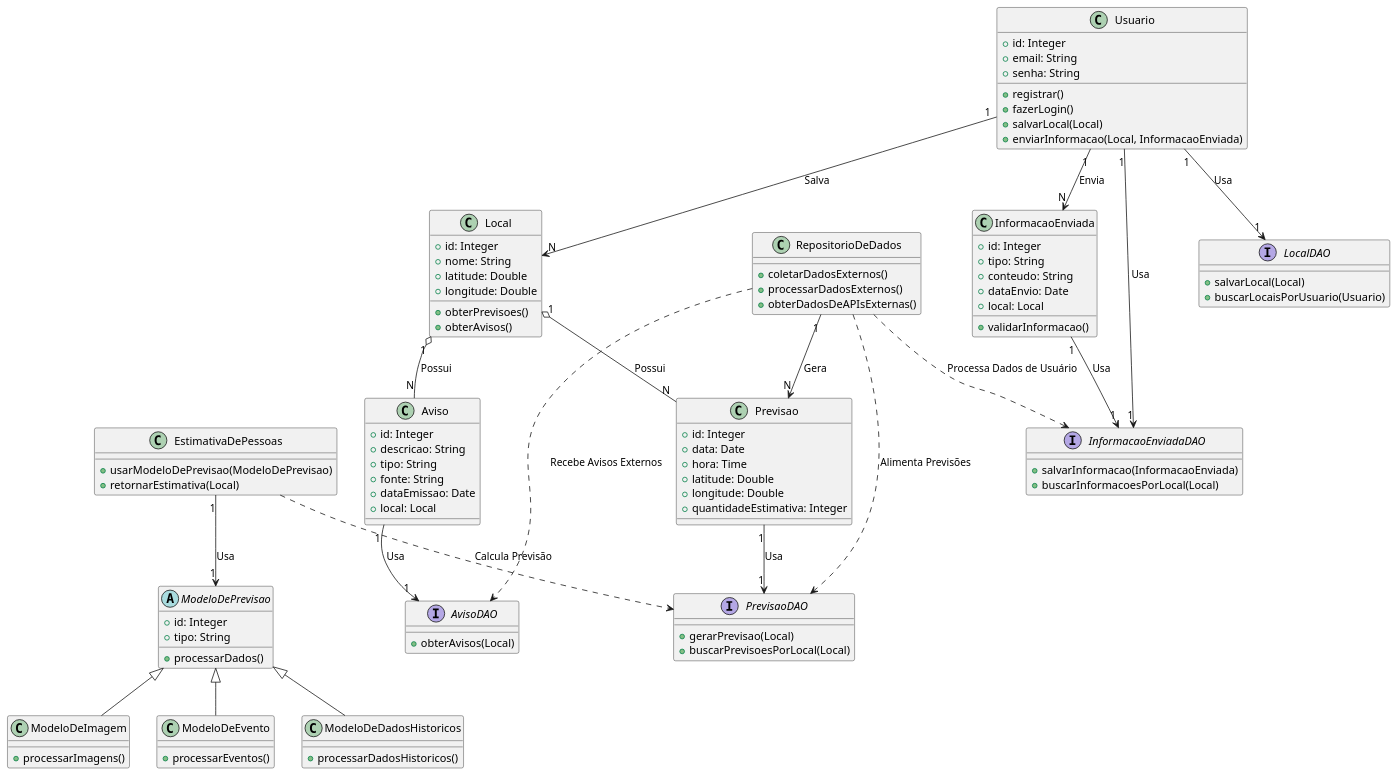
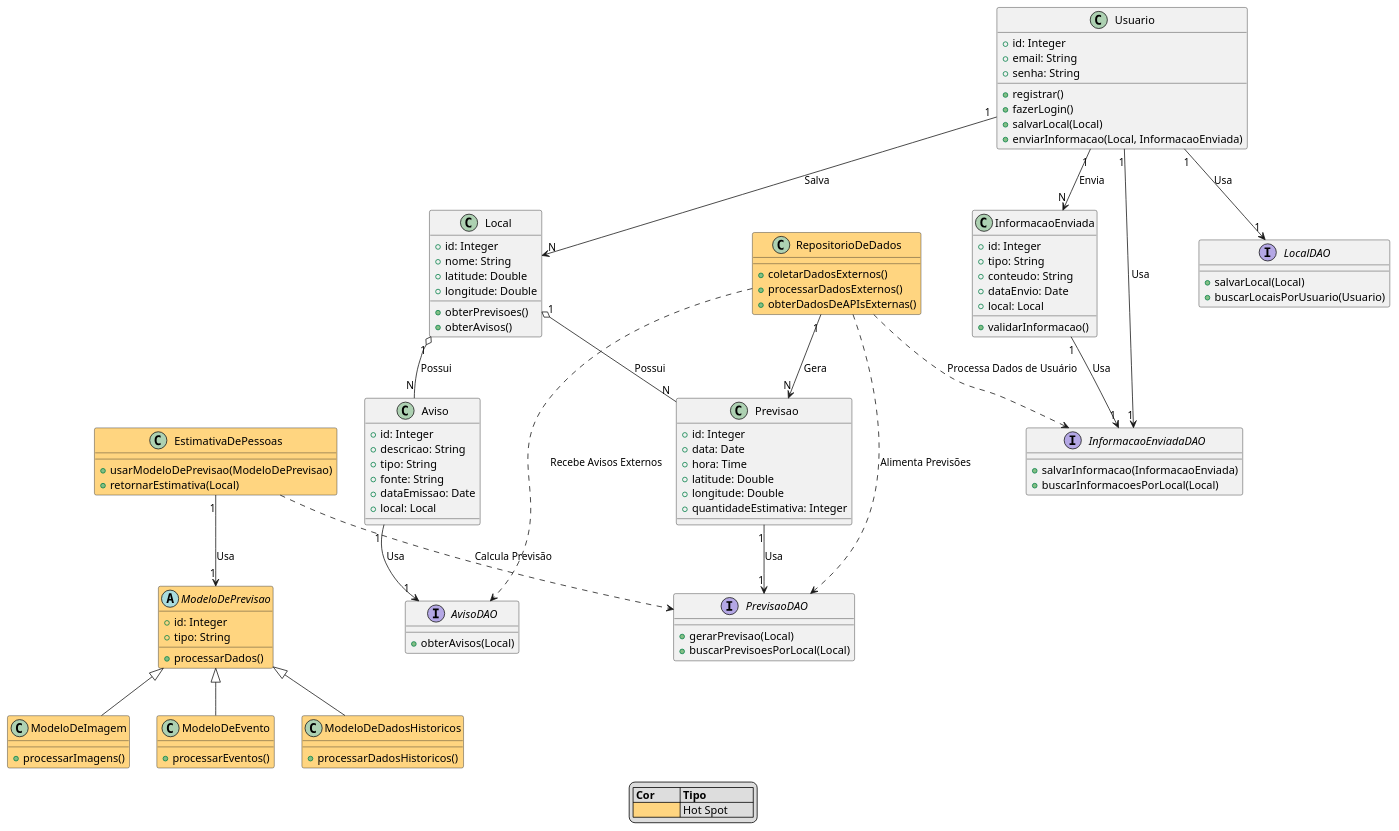
One commit to rodrigomotta1/inf2125 changed the diagram in uml_cd.puml. Above: the diagram before and after it, drawn with PlantUML. The commit also changed 1 other file, not shown here.

```diff
--- a/uml_cd.puml
+++ b/uml_cd.puml
@@ -1,122 +1,128 @@
 @startuml
+skinparam classFontColor automatic
+
+' Legenda para os hot spots
+legend
+|= Cor         |= Tipo            |
+| <#FFD580>      | Hot Spot         |
+endlegend
 
 ' Definição das entidades principais e hierarquia de previsões
-
 class Usuario {
     +id: Integer
     +email: String
     +senha: String
     +registrar()
     +fazerLogin()
     +salvarLocal(Local)
     +enviarInformacao(Local, InformacaoEnviada)
 }
 
 class Local {
     +id: Integer
     +nome: String
     +latitude: Double
     +longitude: Double
     +obterPrevisoes()
     +obterAvisos()
 }
 
 class Previsao {
     +id: Integer
     +data: Date
     +hora: Time
     +latitude: Double
     +longitude: Double
     +quantidadeEstimativa: Integer
 }
 
 class Aviso {
     +id: Integer
     +descricao: String
     +tipo: String
     +fonte: String
     +dataEmissao: Date
     +local: Local
 }
 
 class InformacaoEnviada {
     +id: Integer
     +tipo: String
     +conteudo: String
     +dataEnvio: Date
     +local: Local
     +validarInformacao()
 }
 
 ' Repositório de Dados (DAO para manipulação de dados)
 interface LocalDAO {
     +salvarLocal(Local)
     +buscarLocaisPorUsuario(Usuario)
 }
 
 interface PrevisaoDAO {
     +gerarPrevisao(Local)
     +buscarPrevisoesPorLocal(Local)
 }
 
 interface AvisoDAO {
     +obterAvisos(Local)
 }
 
 interface InformacaoEnviadaDAO {
     +salvarInformacao(InformacaoEnviada)
     +buscarInformacoesPorLocal(Local)
 }
 
 ' Herança para os modelos de previsão
-abstract class ModeloDePrevisao {
+abstract class ModeloDePrevisao #FFD580 {
     +id: Integer
     +tipo: String
     +processarDados()
 }
 
-class ModeloDeImagem extends ModeloDePrevisao {
+class ModeloDeImagem #FFD580 extends ModeloDePrevisao {
     +processarImagens()
 }
 
-class ModeloDeEvento extends ModeloDePrevisao {
+class ModeloDeEvento #FFD580 extends ModeloDePrevisao {
     +processarEventos()
 }
 
-class ModeloDeDadosHistoricos extends ModeloDePrevisao {
+class ModeloDeDadosHistoricos #FFD580 extends ModeloDePrevisao {
     +processarDadosHistoricos()
 }
 
 ' Conexão de dados entre Estimativa e Modelo
-class EstimativaDePessoas {
+class EstimativaDePessoas #FFD580 {
     +usarModeloDePrevisao(ModeloDePrevisao)
     +retornarEstimativa(Local)
 }
 
-class RepositorioDeDados {
+class RepositorioDeDados #FFD580 {
     +coletarDadosExternos()
     +processarDadosExternos()
     +obterDadosDeAPIsExternas()
 }
 
 ' Definindo agregações, herança, dependências e associações para otimizar as interações
 
 Usuario "1" --> "N" Local: Salva
 Usuario "1" --> "N" InformacaoEnviada: Envia
 Local "1" o-- "N" Previsao: Possui
 Local "1" o-- "N" Aviso: Possui
 Usuario "1" --> "1" LocalDAO: Usa
 Usuario "1" --> "1" InformacaoEnviadaDAO: Usa
 Previsao "1" --> "1" PrevisaoDAO: Usa
 Aviso "1" --> "1" AvisoDAO: Usa
 InformacaoEnviada "1" --> "1" InformacaoEnviadaDAO: Usa
 RepositorioDeDados "1" --> "N" Previsao: Gera
 EstimativaDePessoas "1" --> "1" ModeloDePrevisao: Usa
 
 ' Adicionando dependências com linhas tracejadas
 RepositorioDeDados ..> InformacaoEnviadaDAO: Processa Dados de Usuário
 RepositorioDeDados ..> AvisoDAO: Recebe Avisos Externos
 RepositorioDeDados ..> PrevisaoDAO: Alimenta Previsões
 EstimativaDePessoas ..> PrevisaoDAO: Calcula Previsão
 
 @enduml
```
